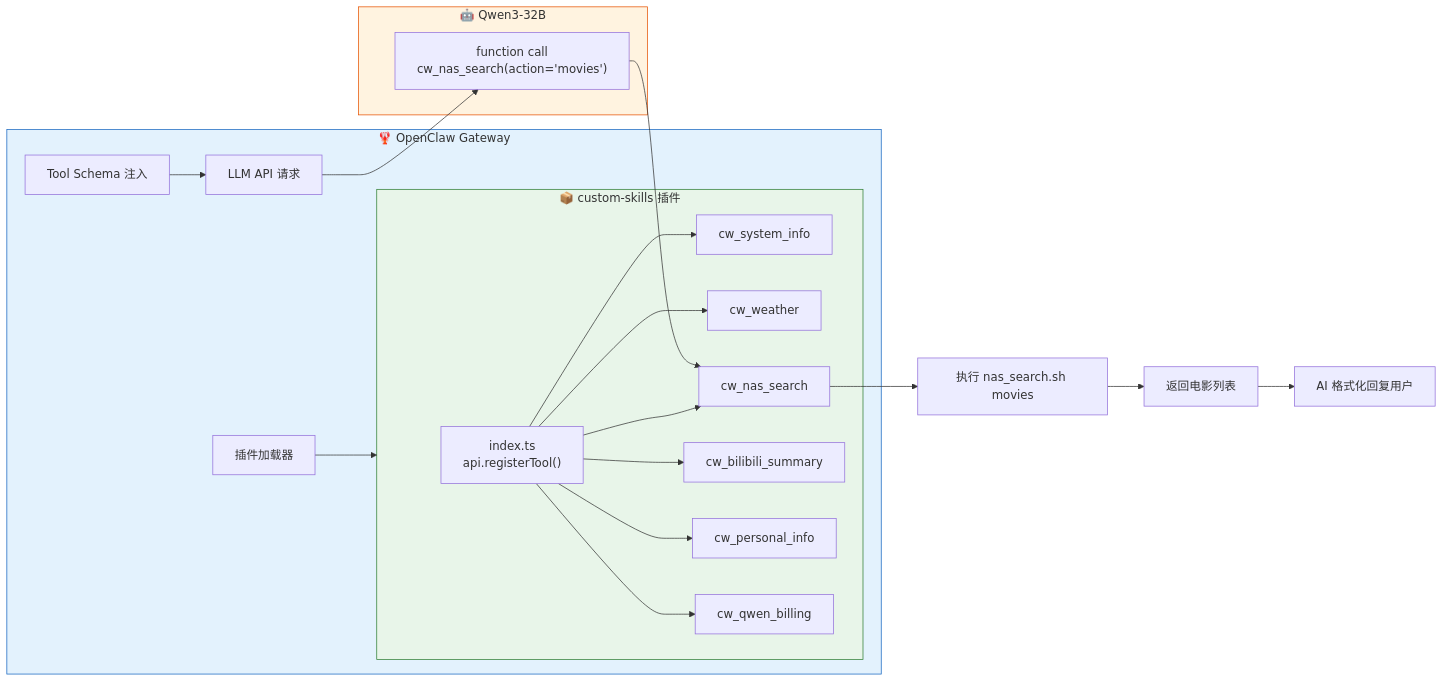
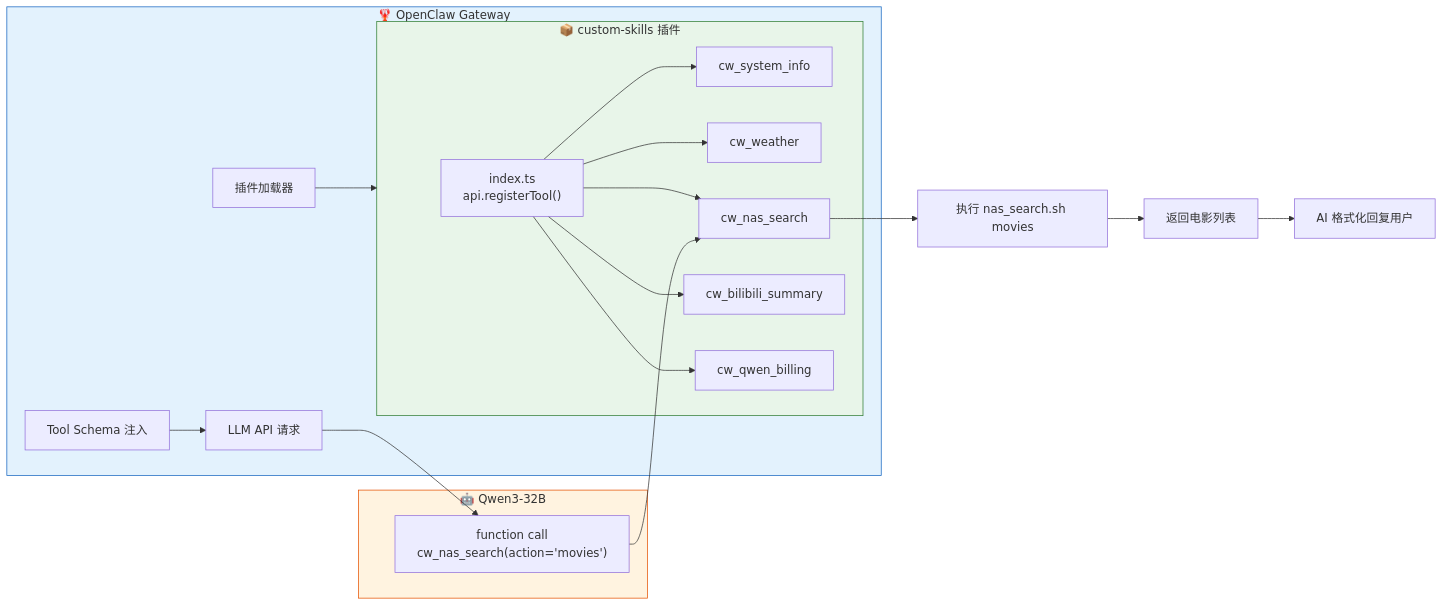
One commit to chenweidu666/OpenClaw-Private-AI changed the first of 4 diagrams in docs/6_OpenClaw_Native_Tools_Plugin.md. Above: the diagram before and after it, drawn with Mermaid. The commit also changed other lines of this file and 2 other files, not shown here.

````diff
--- a/docs/6_OpenClaw_Native_Tools_Plugin.md
+++ b/docs/6_OpenClaw_Native_Tools_Plugin.md
@@ -93,29 +98,28 @@
 ```mermaid
 flowchart LR
     subgraph PLUGIN["📦 custom-skills 插件"]
         A["index.ts<br/>api.registerTool()"] --> B["cw_system_info"]
         A --> C["cw_weather"]
         A --> D["cw_nas_search"]
         A --> E["cw_bilibili_summary"]
-        A --> F["cw_personal_info"]
         A --> G2["cw_qwen_billing"]
     end
 
     subgraph GATEWAY["🦞 OpenClaw Gateway"]
         G["插件加载器"] --> PLUGIN
         H["Tool Schema 注入"] --> I["LLM API 请求"]
     end
 
     subgraph MODEL["🤖 Qwen3-32B"]
         I --> J["function call<br/>cw_nas_search(action='movies')"]
     end
 
     J --> D
     D --> K["执行 nas_search.sh movies"]
     K --> L["返回电影列表"]
     L --> M["AI 格式化回复用户"]
 
     style PLUGIN fill:#e8f5e9,stroke:#2e7d32
     style GATEWAY fill:#e3f2fd,stroke:#1565c0
     style MODEL fill:#fff3e0,stroke:#e65100
 ```
````
